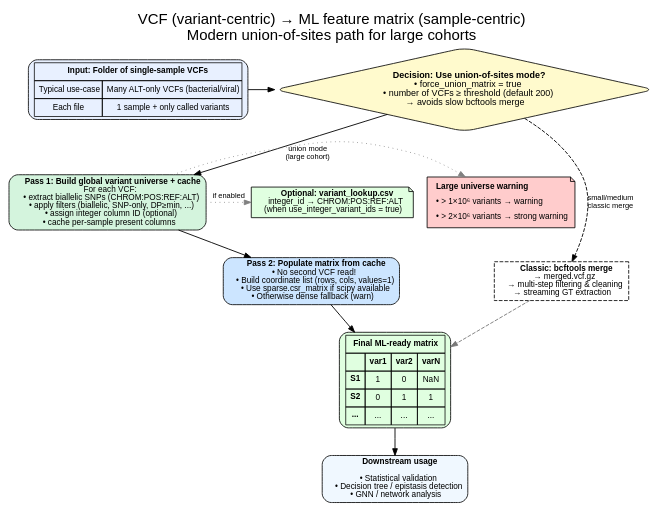
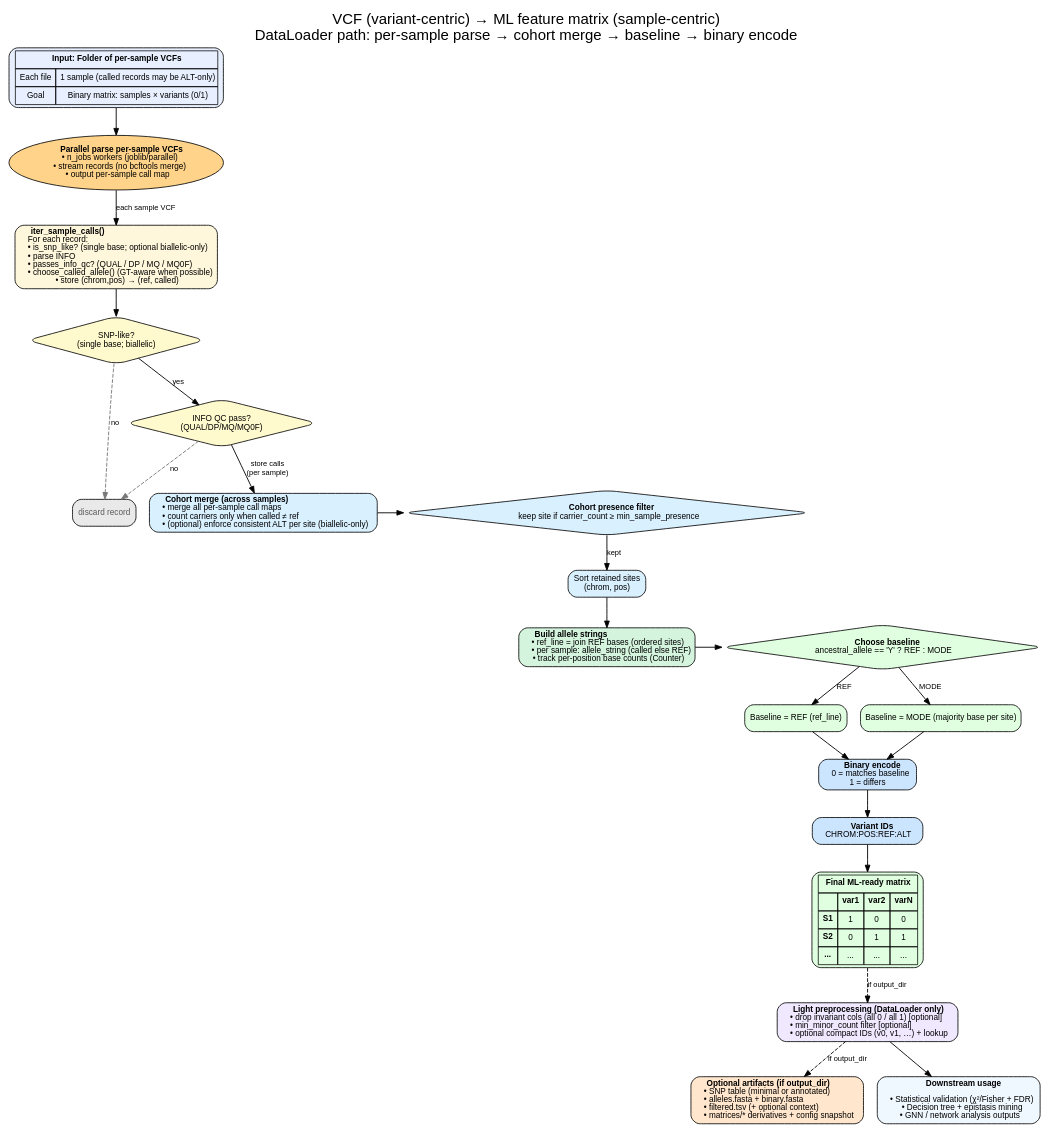
The diagram in workflow/VCF2ML.dot (Nomlie/network_parser), drawn with Graphviz before and after one commit. The commit also changed 28 other files, not shown here.

Commit message:
SNPs_Count

```diff
--- a/workflow/VCF2ML.dot
+++ b/workflow/VCF2ML.dot
@@ -1,115 +1,159 @@
-digraph VCF_to_ML_Matrix_Vertical_Union {
+digraph VCF_to_ML_Matrix_Vertical_AlignedToDataLoader {
   rankdir=TB;
   labelloc="t";
   fontsize=20;
   fontname="Helvetica,Arial,sans-serif";
-  label="VCF (variant-centric) → ML feature matrix (sample-centric)\nModern union-of-sites path for large cohorts";
+  label="VCF (variant-centric) → ML feature matrix (sample-centric)\nDataLoader path: per-sample parse → cohort merge → baseline → binary encode";
 
   node [shape=box, style="rounded,filled", fontname="Helvetica,Arial,sans-serif", fontsize=11, penwidth=1.1];
   edge [fontname="Helvetica,Arial,sans-serif", fontsize=10, penwidth=1.2, arrowsize=0.9];
 
   // ───────────────────────────────────────────────
   //               INPUT
   // ───────────────────────────────────────────────
   vcf_input [label=<
     <TABLE BORDER="0" CELLBORDER="1" CELLSPACING="0" CELLPADDING="5">
-      <TR><TD COLSPAN="2"><B>Input: Folder of single-sample VCFs</B></TD></TR>
-      <TR><TD>Typical use-case</TD><TD>Many ALT-only VCFs (bacterial/viral)</TD></TR>
-      <TR><TD>Each file</TD><TD>1 sample + only called variants</TD></TR>
+      <TR><TD COLSPAN="2"><B>Input: Folder of per-sample VCFs</B></TD></TR>
+      <TR><TD>Each file</TD><TD>1 sample (called records may be ALT-only)</TD></TR>
+      <TR><TD>Goal</TD><TD>Binary matrix: samples × variants (0/1)</TD></TR>
     </TABLE>
-  >, fillcolor="#e8f0ff", width=3.2];
+  >, fillcolor="#e8f0ff", width=3.4];
 
   // ───────────────────────────────────────────────
-  //               DECISION POINT
+  //               PARALLEL PARSING
   // ───────────────────────────────────────────────
-  decision [label=<
-    <B>Decision: Use union-of-sites mode?</B><BR/>
-    • force_union_matrix = true<BR/>
-    • number of VCFs ≥ threshold (default 200)<BR/>
-    → avoids slow bcftools merge
-  >, fillcolor="#fffacd", shape=diamond, fontsize=12];
+  parallel [label=<
+    <B>Parallel parse per-sample VCFs</B><BR/>
+    • n_jobs workers (joblib/parallel)<BR/>
+    • stream records (no bcftools merge)<BR/>
+    • output per-sample call map
+  >, fillcolor="#ffd48a", shape=ellipse];
+
+  per_vcf [label=<
+    <B>iter_sample_calls()</B><BR ALIGN="LEFT"/>
+    For each record:<BR ALIGN="LEFT"/>
+    • is_snp_like? (single base; optional biallelic-only)<BR ALIGN="LEFT"/>
+    • parse INFO<BR ALIGN="LEFT"/>
+    • passes_info_qc? (QUAL / DP / MQ / MQ0F)<BR ALIGN="LEFT"/>
+    • choose_called_allele() (GT-aware when possible)<BR ALIGN="LEFT"/>
+    • store (chrom,pos) → (ref, called)
+  >, fillcolor="#fff7db"];
+
+  discard [label="discard record", fillcolor="#e9e9e9", fontcolor="gray35"];
+
+  // Decision diamonds inside parse stage
+  gate_snp [label="SNP-like?\n(single base; biallelic)" shape=diamond fillcolor="#fffacd"];
+  gate_qc  [label="INFO QC pass?\n(QUAL/DP/MQ/MQ0F)" shape=diamond fillcolor="#fffacd"];
+
+  // Wire parse internals (kept simple, readable)
+  per_vcf -> gate_snp;
+  gate_snp -> discard [label="no", style=dashed, color="#777777"];
+  gate_snp -> gate_qc [label="yes"];
+  gate_qc  -> discard [label="no", style=dashed, color="#777777"];
 
   // ───────────────────────────────────────────────
-  //               UNION PATH
+  //               COHORT MERGE + FILTERS
   // ───────────────────────────────────────────────
-  pass1 [label=<
-    <B>Pass 1: Build global variant universe + cache</B><BR/>
-    For each VCF:<BR/>
-    • extract biallelic SNPs (CHROM:POS:REF:ALT)<BR/>
-    • apply filters (biallelic, SNP-only, DP≥min, ...)<BR/>
-    • assign integer column ID (optional)<BR/>
-    • cache per-sample present columns
+  cohort_merge [label=<
+    <B>Cohort merge (across samples)</B><BR ALIGN="LEFT"/>
+    • merge all per-sample call maps<BR ALIGN="LEFT"/>
+    • count carriers only when called ≠ ref<BR ALIGN="LEFT"/>
+    • (optional) enforce consistent ALT per site (biallelic-only)
+  >, fillcolor="#d9f0ff"];
+
+  presence [label=<
+    <B>Cohort presence filter</B><BR/>
+    keep site if carrier_count ≥ min_sample_presence
+  >, fillcolor="#d9f0ff", shape=diamond];
+
+  sort_sites [label="Sort retained sites\n(chrom, pos)", fillcolor="#d9f0ff"];
+
+  // ───────────────────────────────────────────────
+  //               BASELINE + ENCODING
+  // ───────────────────────────────────────────────
+  build_alleles [label=<
+    <B>Build allele strings</B><BR ALIGN="LEFT"/>
+    • ref_line = join REF bases (ordered sites)<BR ALIGN="LEFT"/>
+    • per sample: allele_string (called else REF)<BR ALIGN="LEFT"/>
+    • track per-position base counts (Counter)
   >, fillcolor="#d4f4dd"];
 
-  large_universe [label=<
-    <TABLE BORDER="0" CELLBORDER="0" CELLSPACING="0" CELLPADDING="4">
-      <TR><TD ALIGN="LEFT"><B>Large universe warning</B></TD></TR>
-      <TR><TD ALIGN="LEFT">• &gt; 1×10⁶ variants → warning</TD></TR>
-      <TR><TD ALIGN="LEFT">• &gt; 2×10⁶ variants → strong warning</TD></TR>
-    </TABLE>
-  >, fillcolor="#ffcccc", shape=note];
+  baseline_choice [label=<
+    <B>Choose baseline</B><BR/>
+    ancestral_allele == 'Y' ? REF : MODE
+  >, fillcolor="#e0ffe0", shape=diamond];
 
-  lookup [label=<
-    <B>Optional: variant_lookup.csv</B><BR/>
-    integer_id → CHROM:POS:REF:ALT<BR/>
-    (when use_integer_variant_ids = true)
-  >, fillcolor="#e0ffe0", shape=note];
+  baseline_ref [label="Baseline = REF (ref_line)", fillcolor="#e0ffe0"];
+  baseline_mode [label="Baseline = MODE (majority base per site)", fillcolor="#e0ffe0"];
 
-  pass2 [label=<
-    <B>Pass 2: Populate matrix from cache</B><BR/>
-    • No second VCF read!<BR/>
-    • Build coordinate list (rows, cols, values=1)<BR/>
-    • Use sparse.csr_matrix if scipy available<BR/>
-    • Otherwise dense fallback (warn)
+  encode [label=<
+    <B>Binary encode</B><BR/>
+    0 = matches baseline<BR/>
+    1 = differs
+  >, fillcolor="#cce5ff"];
+
+  variant_ids [label=<
+    <B>Variant IDs</B><BR/>
+    CHROM:POS:REF:ALT
   >, fillcolor="#cce5ff"];
 
   // ───────────────────────────────────────────────
-  //               CLASSIC MERGE PATH (fallback)
-  // ───────────────────────────────────────────────
-  merge_path [label=<
-    <B>Classic: bcftools merge</B><BR/>
-    → merged.vcf.gz<BR/>
-    → multi-step filtering &amp; cleaning<BR/>
-    → streaming GT extraction
-  >, fillcolor="#f0e8ff", style=dashed];
-
-  // ───────────────────────────────────────────────
-  //               FINAL MATRIX (shared)
+  //               FINAL MATRIX
   // ───────────────────────────────────────────────
   final_matrix [label=<
     <TABLE BORDER="0" CELLBORDER="1" CELLSPACING="0" CELLPADDING="5">
       <TR><TD COLSPAN="4"><B>Final ML-ready matrix</B></TD></TR>
       <TR><TD></TD><TD><B>var1</B></TD><TD><B>var2</B></TD><TD><B>varN</B></TD></TR>
-      <TR><TD><B>S1</B></TD><TD>1</TD><TD>0</TD><TD>NaN</TD></TR>
+      <TR><TD><B>S1</B></TD><TD>1</TD><TD>0</TD><TD>0</TD></TR>
       <TR><TD><B>S2</B></TD><TD>0</TD><TD>1</TD><TD>1</TD></TR>
       <TR><TD><B>...</B></TD><TD>...</TD><TD>...</TD><TD>...</TD></TR>
     </TABLE>
   >, fillcolor="#e0ffe0"];
 
+  preprocess [label=<
+    <B>Light preprocessing (DataLoader only)</B><BR ALIGN="LEFT"/>
+    • drop invariant cols (all 0 / all 1) [optional]<BR ALIGN="LEFT"/>
+    • min_minor_count filter [optional]<BR ALIGN="LEFT"/>
+    • optional compact IDs (v0, v1, …) + lookup
+  >, fillcolor="#f0e8ff"];
+
+  artifacts [label=<
+    <B>Optional artifacts (if output_dir)</B><BR ALIGN="LEFT"/>
+    • SNP table (minimal or annotated)<BR ALIGN="LEFT"/>
+    • alleles.fasta + binary.fasta<BR ALIGN="LEFT"/>
+    • filtered.tsv (+ optional context)<BR ALIGN="LEFT"/>
+    • matrices/* derivatives + config snapshot
+  >, fillcolor="#ffe6cc"];
+
   downstream [label=<
     <B>Downstream usage</B><BR/><BR/>
-    • Statistical validation<BR/>
-    • Decision tree / epistasis detection<BR/>
-    • GNN / network analysis
+    • Statistical validation (χ²/Fisher + FDR)<BR/>
+    • Decision tree + epistasis mining<BR/>
+    • GNN / network analysis outputs
   >, fillcolor="#f0f8ff"];
 
   // ─── Flow ──────────────────────────────────────────────
-  vcf_input   -> decision;
-  decision    -> pass1      [label="union mode\n(large cohort)"];
-  decision    -> merge_path [label="small/medium\nclassic merge", style=dashed];
+  vcf_input    -> parallel;
+  parallel     -> per_vcf [label="each sample VCF"];
+  gate_qc      -> cohort_merge [label="store calls\n(per sample)"];
 
-  pass1       -> large_universe [style=dotted, color=gray];
-  pass1       -> lookup         [style=dotted, color=gray, label="if enabled"];
-  pass1       -> pass2;
-
-  pass2       -> final_matrix;
-  merge_path  -> final_matrix   [style=dashed, color="#777777"];
-
-  final_matrix -> downstream;
+  cohort_merge -> presence;
+  presence     -> sort_sites [label="kept"];
+  sort_sites   -> build_alleles;
+  build_alleles -> baseline_choice;
+  baseline_choice -> baseline_ref [label="REF"];
+  baseline_choice -> baseline_mode [label="MODE"];
+  baseline_ref  -> encode;
+  baseline_mode -> encode;
+  encode       -> variant_ids -> final_matrix;
+  final_matrix -> preprocess -> artifacts [style=dashed, label="if output_dir"];
+  preprocess   -> downstream;
 
   // Layout hints
-  { rank=same; vcf_input; decision; }
-  { rank=same; pass1; large_universe; lookup; }
-  { rank=same; pass2; merge_path; }
+  { rank=same; vcf_input; }
+  { rank=same; parallel; }
+  { rank=same; per_vcf; }
+  { rank=same; cohort_merge; presence; }
+  { rank=same; build_alleles; baseline_choice; }
   { rank=same; final_matrix; }
 }
```
